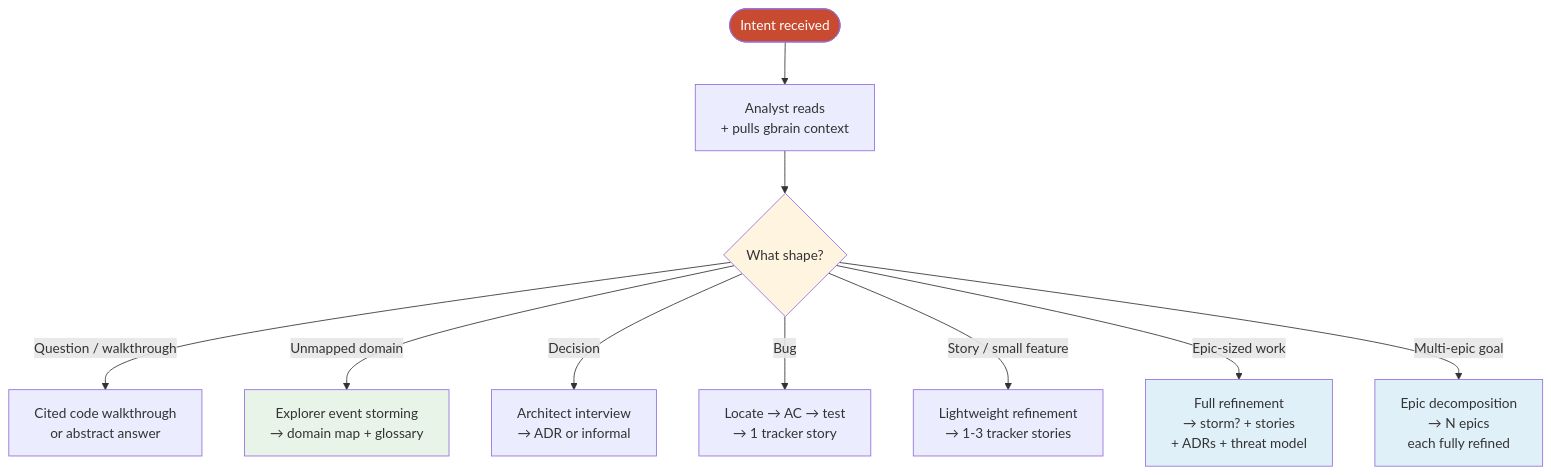
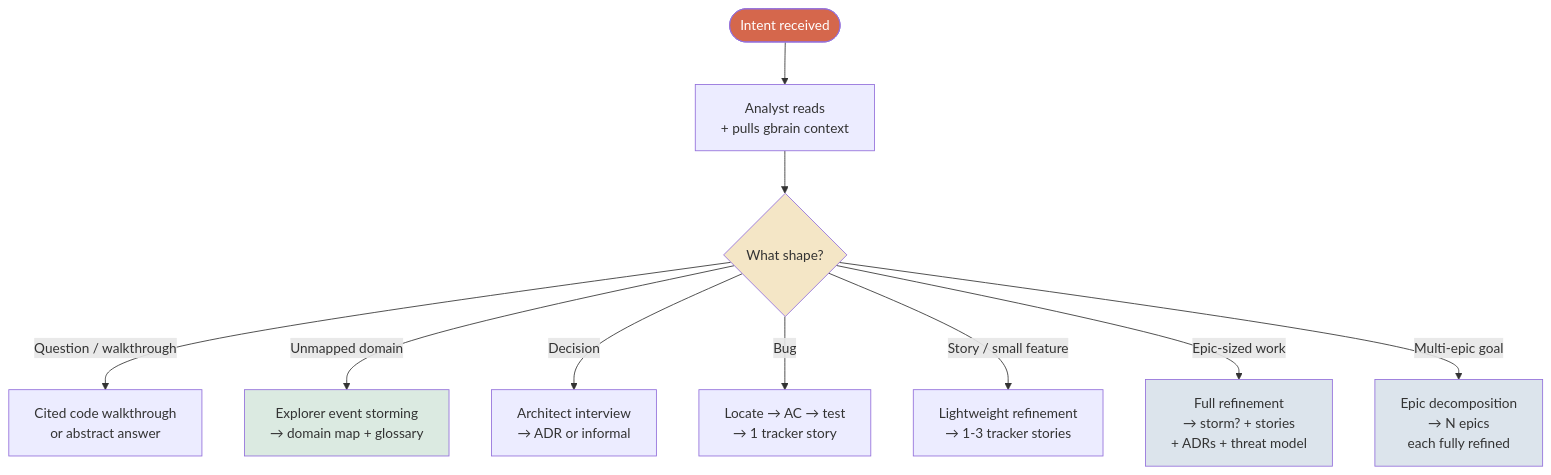
One commit to nlawstudio/ai-refinement-method changed the second of 4 diagrams in TUTORIAL.md. Above: the diagram before and after it, drawn with Mermaid. The commit also changed other lines of this file and 1 other file, not shown here.

````diff
--- a/TUTORIAL.md
+++ b/TUTORIAL.md
@@ -340,19 +352,19 @@
 ```mermaid
 flowchart TD
     Intent([Intent received]) --> Read[Analyst reads<br/>+ pulls gbrain context]
     Read --> Shape{What shape?}
 
     Shape -->|Question / walkthrough| QA[Cited code walkthrough<br/>or abstract answer]
     Shape -->|Unmapped domain| STORM[Explorer event storming<br/>→ domain map + glossary]
     Shape -->|Decision| DEC[Architect interview<br/>→ ADR or informal]
     Shape -->|Bug| BUG[Locate → AC → test<br/>→ 1 tracker story]
     Shape -->|Story / small feature| STORY2[Lightweight refinement<br/>→ 1-3 tracker stories]
     Shape -->|Epic-sized work| EPIC[Full refinement<br/>→ storm? + stories<br/>+ ADRs + threat model]
     Shape -->|Multi-epic goal| MULTI[Epic decomposition<br/>→ N epics<br/>each fully refined]
 
-    style Intent fill:#C84B31,color:#fff
-    style Shape fill:#fff4e0
-    style STORM fill:#e8f4e8
-    style EPIC fill:#e0f0f8
-    style MULTI fill:#e0f0f8
+    style Intent fill:#D5674C,color:#fff
+    style Shape fill:#F4E6C6
+    style STORM fill:#DBEAE1
+    style EPIC fill:#DCE4EC
+    style MULTI fill:#DCE4EC
 ```
````
